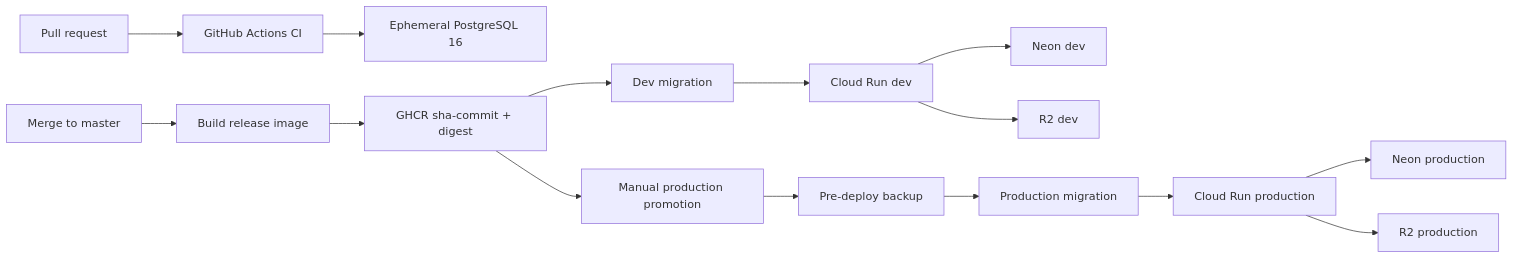
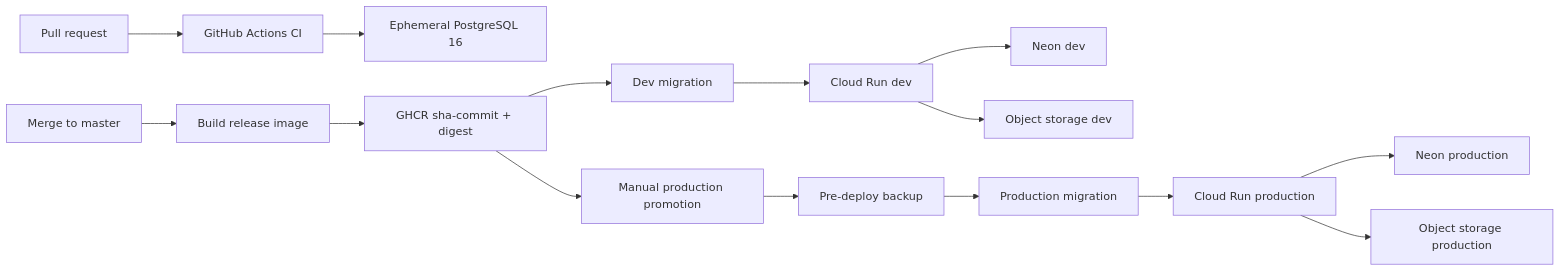
Before and after one commit to dudeinhoodie/country-flags: the diagram in docs/13-deployment-environments.md, drawn with Mermaid. The commit also changed other lines of this file, not shown here.

First line of the commit message:
docs: describe the object storage this project actually uses

```diff
--- a/docs/13-deployment-environments.md
+++ b/docs/13-deployment-environments.md
@@ -51,17 +51,17 @@
 ~~~mermaid
 flowchart LR
     PR["Pull request"] --> CI["GitHub Actions CI"]
     CI --> CIPG["Ephemeral PostgreSQL 16"]
     MAIN["Merge to master"] --> BUILD["Build release image"]
     BUILD --> GHCR["GHCR sha-commit + digest"]
     GHCR --> MIGDEV["Dev migration"]
     MIGDEV --> DEV["Cloud Run dev"]
     DEV --> DEVDB["Neon dev"]
-    DEV --> DEVR2["R2 dev"]
+    DEV --> DEVSTORE["Object storage dev"]
     GHCR --> PROMOTE["Manual production promotion"]
     PROMOTE --> BACKUP["Pre-deploy backup"]
     BACKUP --> MIGPROD["Production migration"]
     MIGPROD --> PROD["Cloud Run production"]
     PROD --> PRODDB["Neon production"]
-    PROD --> PRODR2["R2 production"]
+    PROD --> PRODSTORE["Object storage production"]
 ~~~
```
